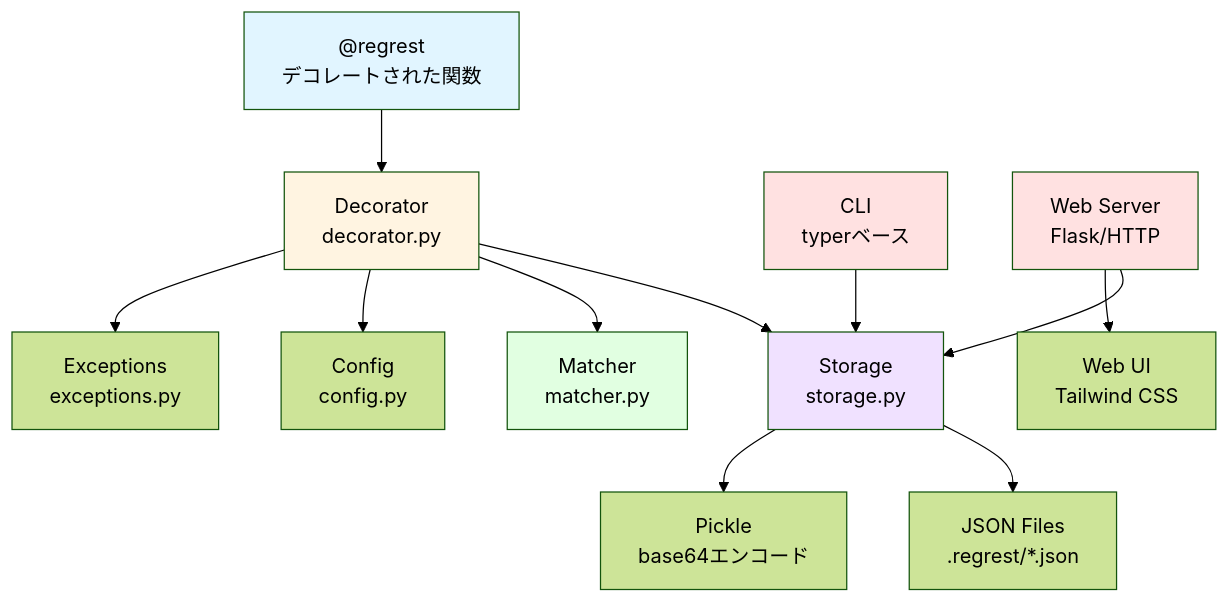
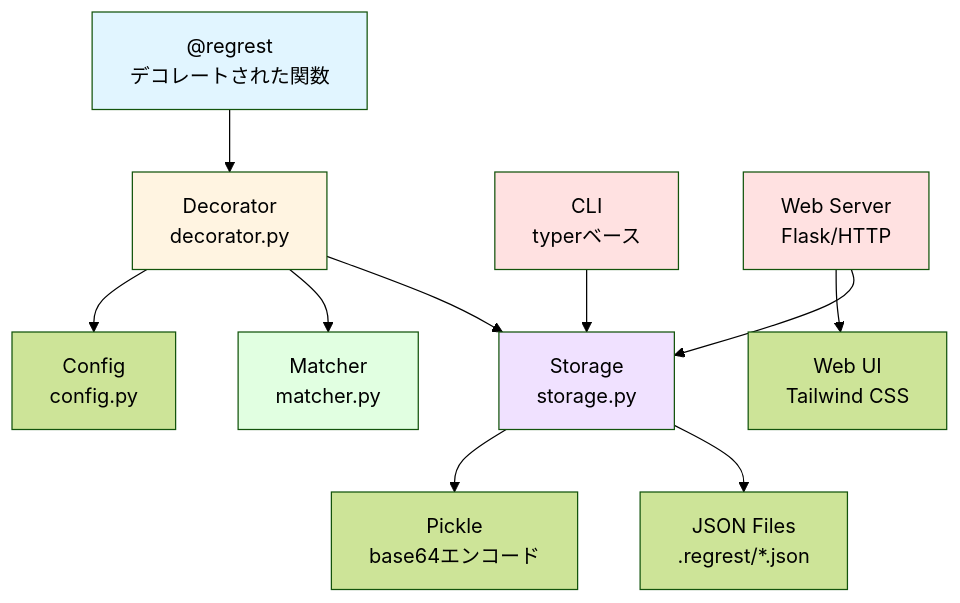
One commit to eycjur/regrest changed the diagram in README_ja.md. Above: the diagram before and after it, drawn with Mermaid (forest theme). The commit also changed other lines of this file and 3 other files, not shown here.

````diff
--- a/README_ja.md
+++ b/README_ja.md
@@ -133,32 +216,30 @@
 ```mermaid
 graph TB
     A["@regrest<br/>デコレートされた関数"]
     B["Decorator<br/>decorator.py"]
     C["Storage<br/>storage.py"]
     D["Matcher<br/>matcher.py"]
     E["Config<br/>config.py"]
-    F["Exceptions<br/>exceptions.py"]
-    G["JSON Files<br/>.regrest/*.json"]
-    H["Pickle<br/>base64エンコード"]
-    I["CLI<br/>typerベース"]
-    J["Web Server<br/>Flask/HTTP"]
-    K["Web UI<br/>Tailwind CSS"]
+    F["JSON Files<br/>.regrest/*.json"]
+    G["Pickle<br/>base64エンコード"]
+    H["CLI<br/>typerベース"]
+    I["Web Server<br/>Flask/HTTP"]
+    J["Web UI<br/>Tailwind CSS"]
 
     A --> B
     B --> C
     B --> D
     B --> E
-    B --> F
+    C --> F
     C --> G
-    C --> H
+    H --> C
     I --> C
-    J --> C
-    J --> K
+    I --> J
 
     style A fill:#e1f5ff
     style B fill:#fff4e1
     style C fill:#f0e1ff
     style D fill:#e1ffe1
+    style H fill:#ffe1e1
     style I fill:#ffe1e1
-    style J fill:#ffe1e1
 ```
````
